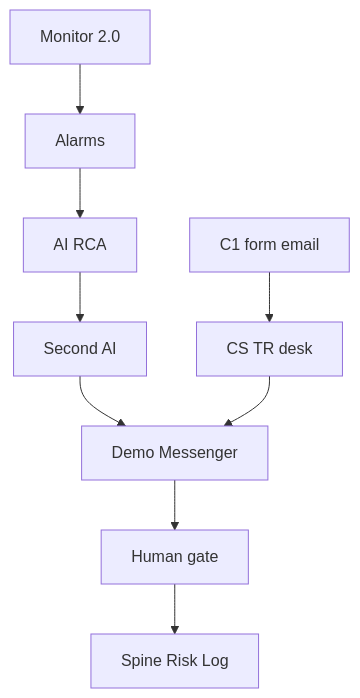
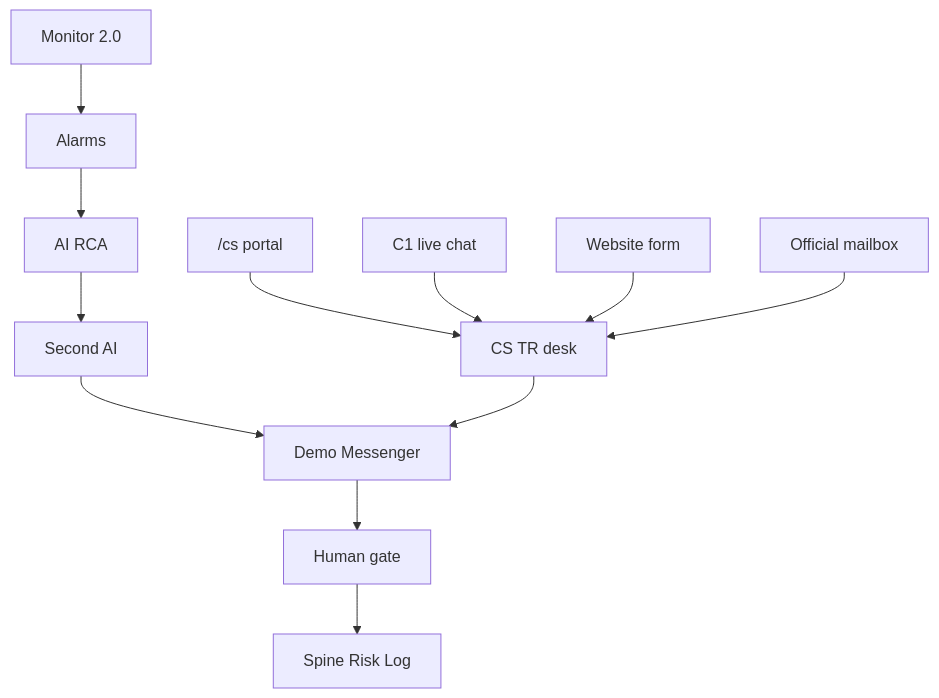
The first of 8 diagrams in platform/docs/TSD.md (hxyan2020/PRD), drawn with Mermaid before and after one commit. The commit also changed other lines of this file and 9 other files, not shown here.

First line of the commit message:
Enrich the TSD with CS/TR schema, intake, wait loop, and catalog.

````diff
--- a/platform/docs/TSD.md
+++ b/platform/docs/TSD.md
@@ -47,11 +50,14 @@
 ```mermaid
 graph TD
   Mon[Monitor 2.0] --> Alarm[Alarms]
   Alarm --> Rca[AI RCA]
   Rca --> Ch[Second AI]
   Ch --> Msg[Demo Messenger]
-  Client[C1 form email] --> Cs[CS TR desk]
+  Portal["/cs portal"] --> Cs[CS TR desk]
+  C1[C1 live chat] --> Cs
+  Form[Website form] --> Cs
+  Mail[Official mailbox] --> Cs
   Cs --> Msg
   Msg --> Gate[Human gate]
   Gate --> Spine[Spine Risk Log]
 ```
````
